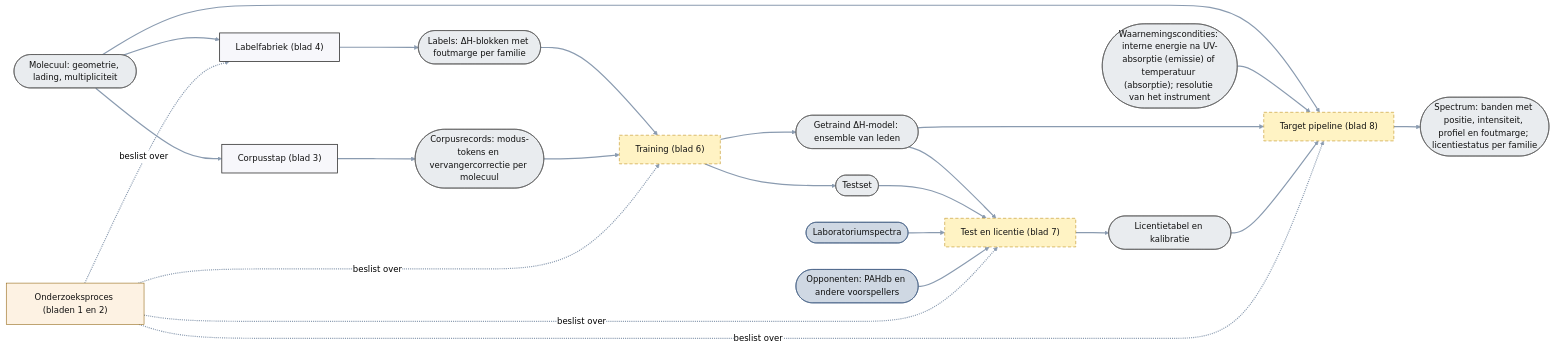
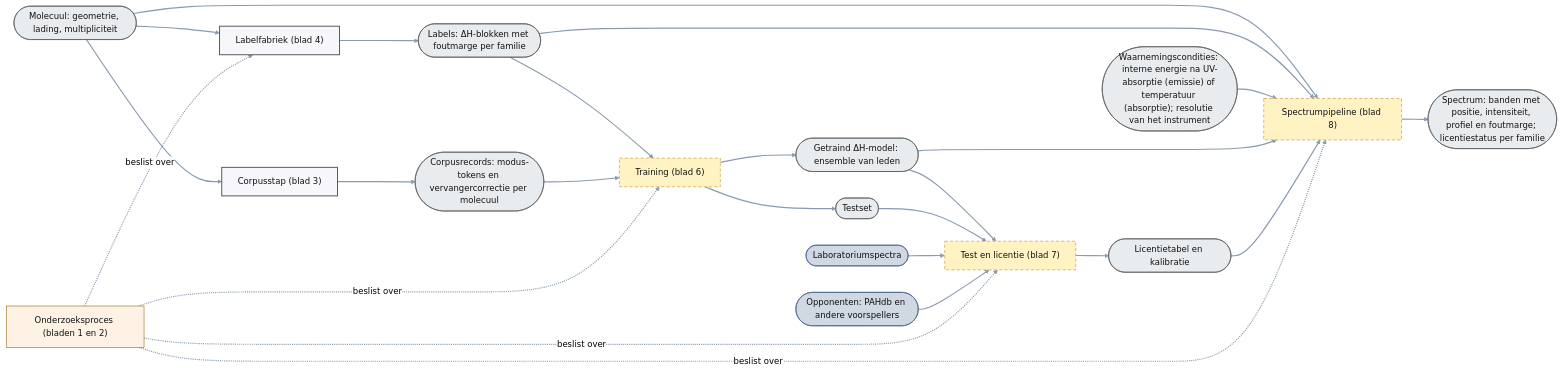
One commit to thebreadishard/udacity-capstone-plan changed the diagram in plans/05_delta-probed-ir-pipeline/GoalGathering/architecture/00_overzicht.mmd. Above: the diagram before and after it, drawn with Mermaid (neutral theme). The commit also changed 5 other files, not shown here.

```diff
--- a/plans/05_delta-probed-ir-pipeline/GoalGathering/architecture/00_overzicht.mmd
+++ b/plans/05_delta-probed-ir-pipeline/GoalGathering/architecture/00_overzicht.mmd
@@ -1,47 +1,48 @@
 %% Overzicht plan 05 (niveau 1): de soorten proces en de data-objecten die ze verbinden. Doelarchitectuur; geen besluiten, geen data.
 %% Rechthoek = proces (hier: een heel blad); ronde uiteinden = data-object; pijl = datastroom. Gestippeld = nog niet gebouwd.
 flowchart LR
   linkStyle default stroke:#8a9bb0,stroke-width:2.2px
   classDef planned stroke-dasharray: 6 4,stroke:#b8860b,fill:#fff3c4,color:#111
   classDef ext fill:#cfd8e3,stroke:#3d5a80,color:#111
   classDef data fill:#e9ecef,stroke:#555,color:#111
   classDef proc fill:#f7f7fb,stroke:#333,stroke-width:1.5px,color:#111
   classDef research fill:#fdf2e3,stroke:#8a5a00,color:#111
 
   MOL(["Molecuul: geometrie, lading, multipliciteit"]):::data
   COND(["Waarnemingscondities: interne energie na UV-absorptie (emissie) of temperatuur (absorptie); resolutie van het instrument"]):::data
   LABDB(["Laboratoriumspectra"]):::ext
   PAHDB(["Opponenten: PAHdb en andere voorspellers"]):::ext
 
   LABF["Labelfabriek (blad 4)"]:::proc
   LABELS(["Labels: ΔH-blokken met foutmarge per familie"]):::data
   CORPF["Corpusstap (blad 3)"]:::proc
   CORPUS(["Corpusrecords: modus-tokens en vervangercorrectie per molecuul"]):::data
   TRAIN["Training (blad 6)"]:::planned
   TRAINED(["Getraind ΔH-model: ensemble van leden"]):::data
   TESTSET(["Testset"]):::data
   EVAL["Test en licentie (blad 7)"]:::planned
   LICCAL(["Licentietabel en kalibratie"]):::data
-  PIPE["Target pipeline (blad 8)"]:::planned
+  PIPE["Spectrumpipeline (blad 8)"]:::planned
   SPEC(["Spectrum: banden met positie, intensiteit, profiel en foutmarge; licentiestatus per familie"]):::data
   RES["Onderzoeksproces (bladen 1 en 2)"]:::research
 
   MOL --> LABF --> LABELS
   MOL --> CORPF --> CORPUS
   LABELS --> TRAIN
   CORPUS --> TRAIN
   TRAIN --> TRAINED
   TRAINED --> EVAL
   TRAIN --> TESTSET --> EVAL
   LABDB --> EVAL
   PAHDB --> EVAL
   EVAL --> LICCAL
   MOL --> PIPE
+  LABELS --> PIPE
   COND --> PIPE
   TRAINED --> PIPE
   LICCAL --> PIPE
   PIPE --> SPEC
   RES -. beslist over .-> LABF
   RES -. beslist over .-> TRAIN
   RES -. beslist over .-> EVAL
   RES -. beslist over .-> PIPE
```
